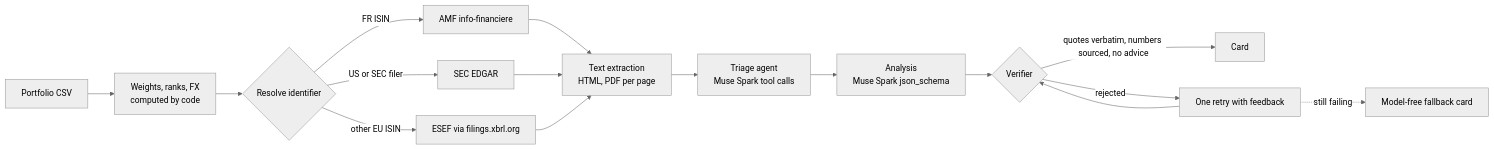
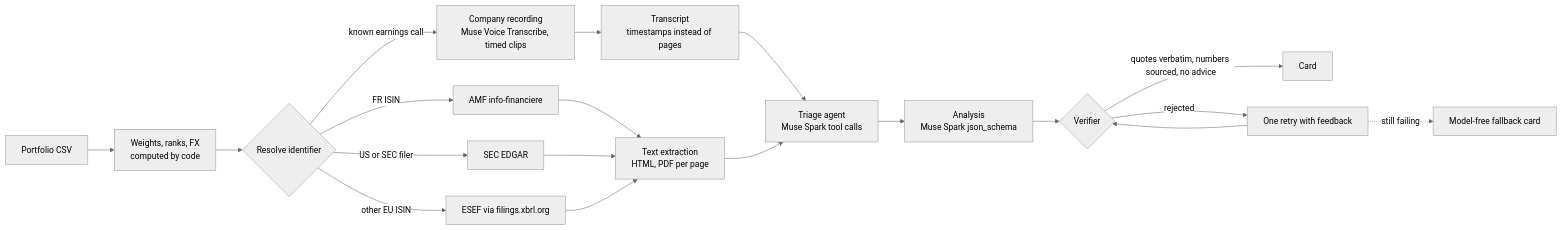
One commit to LouisLanganay/fynex-copilot changed the diagram in README.md. Above: the diagram before and after it, drawn with Mermaid (neutral theme). The commit also changed other lines of this file and 9 other files, not shown here.

Commit message:
Document the earnings call: feasibility evidence, costs, screenshots

````diff
--- a/README.md
+++ b/README.md
@@ -56,15 +62,18 @@
 ```mermaid
 flowchart LR
   CSV[Portfolio CSV] --> W[Weights, ranks, FX<br/>computed by code]
   W --> R{Resolve identifier}
   R -->|FR ISIN| AMF[AMF info-financiere]
   R -->|US or SEC filer| SEC[SEC EDGAR]
   R -->|other EU ISIN| ESEF[ESEF via filings.xbrl.org]
+  R -->|known earnings call| CALL[Company recording<br/>Muse Voice Transcribe, timed clips]
   AMF & SEC & ESEF --> X[Text extraction<br/>HTML, PDF per page]
+  CALL --> X2[Transcript<br/>timestamps instead of pages]
+  X2 --> T
   X --> T[Triage agent<br/>Muse Spark tool calls]
   T --> A[Analysis<br/>Muse Spark json_schema]
   A --> V{Verifier}
   V -->|quotes verbatim, numbers sourced, no advice| C[Card]
   V -->|rejected| A2[One retry with feedback] --> V
   A2 -.->|still failing| F[Model-free fallback card]
 ```
````
